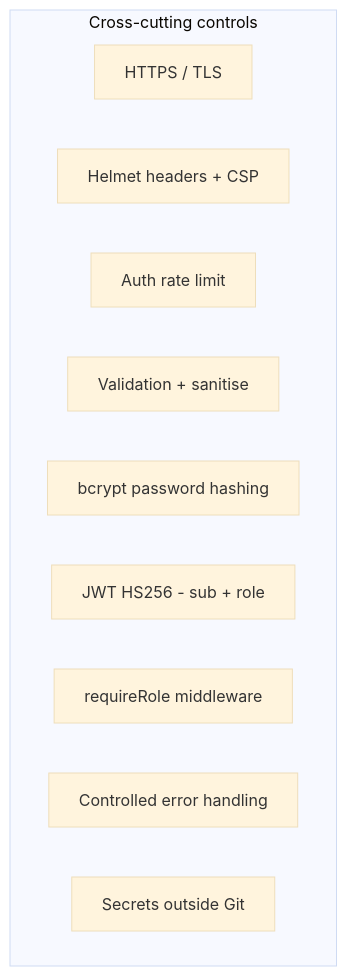
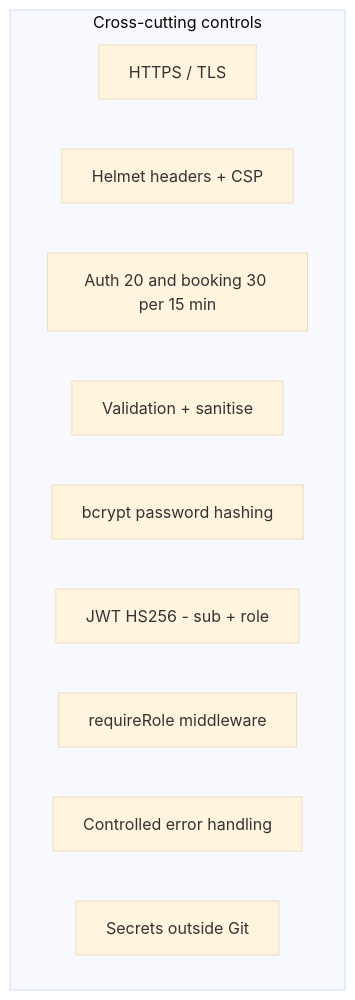
Before and after one commit to akzz98/HustleHub: the fourth of 4 diagrams in README.md, drawn with Mermaid (base theme). The commit also changed other lines of this file and 3 other files, not shown here.

````diff
--- a/README.md
+++ b/README.md
@@ -162,14 +162,14 @@
 ```mermaid
 flowchart TB
   subgraph controls ["Cross-cutting controls"]
     TLS["HTTPS / TLS"]
     HELM["Helmet headers + CSP"]
-    RATE["Auth rate limit"]
+    RATE["Auth 20 and booking 30 per 15 min"]
     VAL["Validation + sanitise"]
     HASH["bcrypt password hashing"]
     JWT["JWT HS256 - sub + role"]
     RBAC["requireRole middleware"]
     ERR["Controlled error handling"]
     ENV["Secrets outside Git"]
   end
 ```
````
